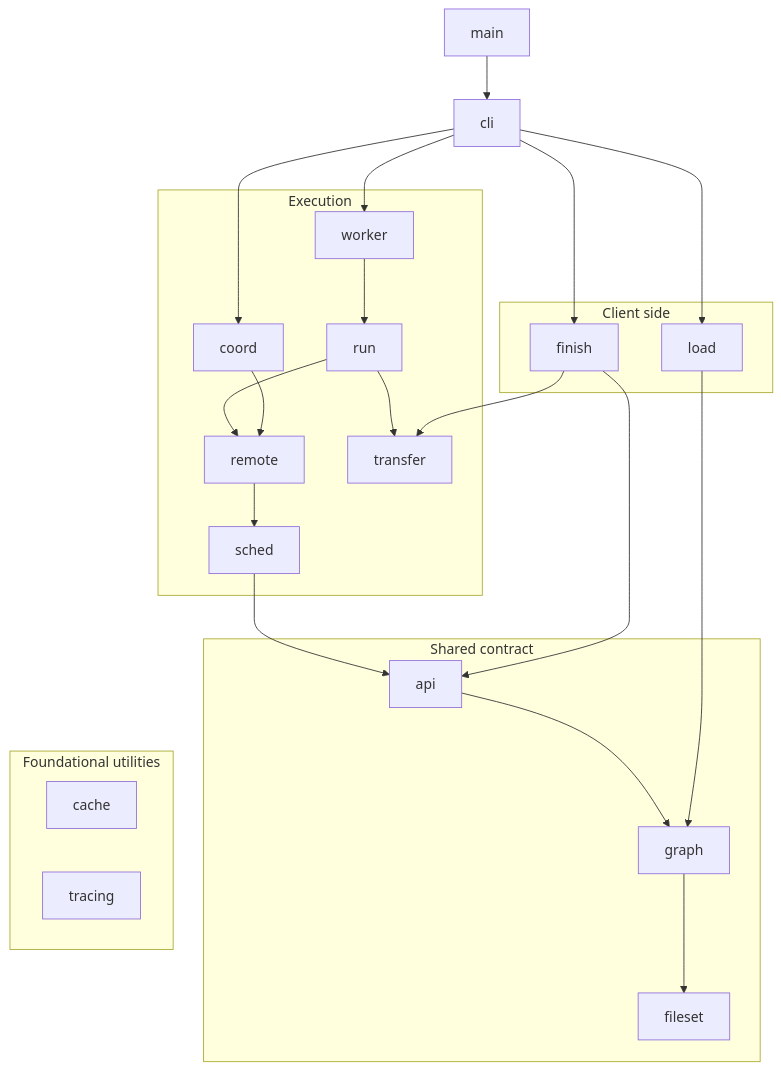
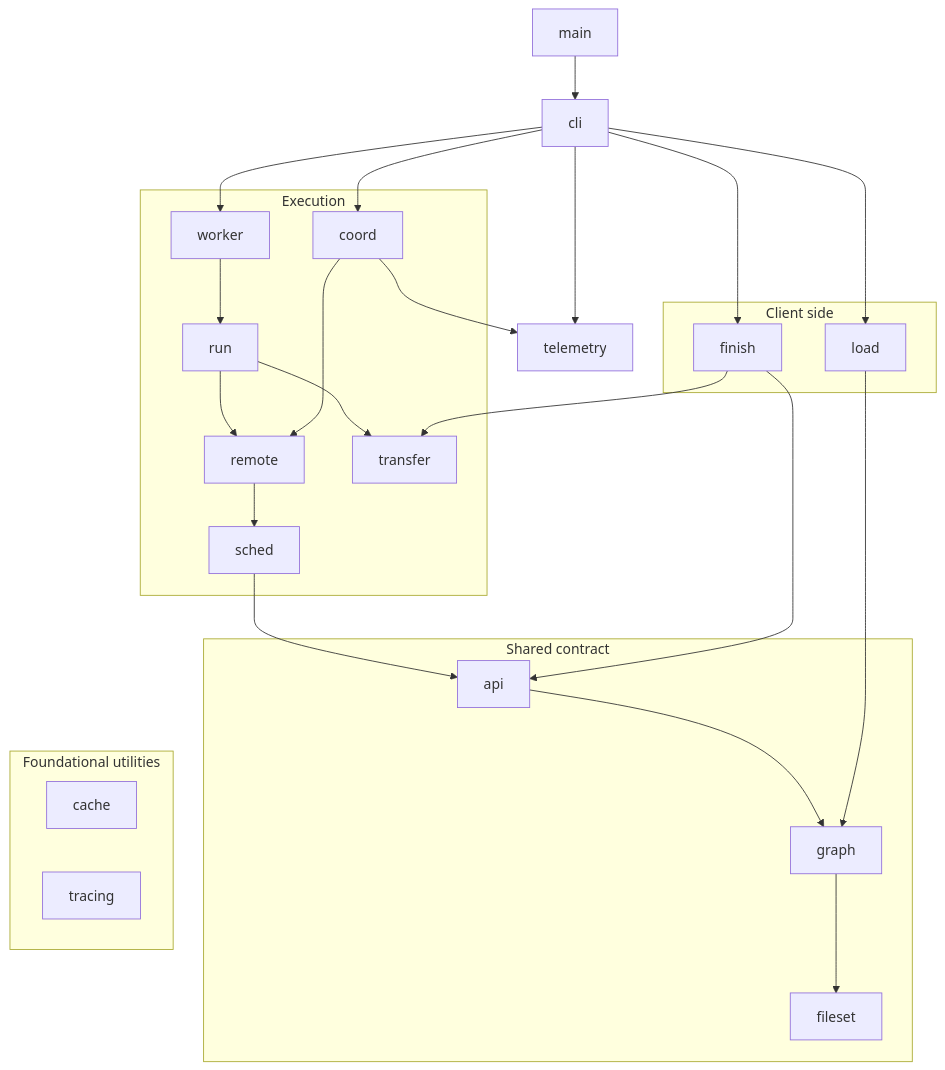
The first of 2 diagrams in docs/design/package-layering.md (vamos-build/vamos), drawn with Mermaid before and after one commit. The commit also changed other lines of this file and 102 other files, not shown here.

````diff
--- a/docs/design/package-layering.md
+++ b/docs/design/package-layering.md
@@ -17,36 +17,40 @@
 ```mermaid
 flowchart TB
     main --> cli
 
     cli --> load & finish & coord & worker
 
     subgraph clientpkgs["Client side"]
         load
         finish
     end
 
     subgraph execpkgs["Execution"]
         worker --> run
         run --> remote
         run --> transfer
         coord --> remote
         remote --> sched
     end
 
     subgraph contract["Shared contract"]
         sched --> api
         api --> graphpkg["graph"]
         graphpkg --> fileset
         transfer
     end
 
     subgraph foundation["Foundational utilities"]
         cache
         tracing
     end
 
+    telemetry
+
+    cli --> telemetry
+    coord --> telemetry
     finish --> api
     finish --> transfer
     load --> graphpkg
     contract ~~~ foundation
 ```
````
